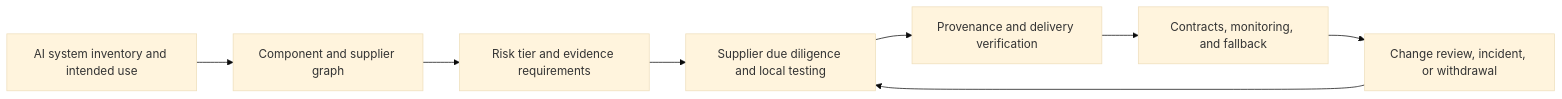
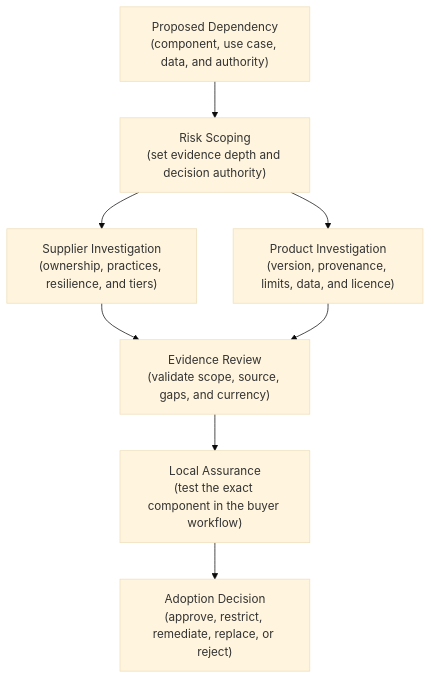
One commit to senlinyy/dev-roadmaps changed the third of 5 diagrams in roadmaps/mlops/modules/governance-and-responsible-ai/standards-and-compliance/04-third-party-ai-and-model-supply-chain-risk.md. Above: the diagram before and after it, drawn with Mermaid (base theme). The commit also changed other lines of this file and 152 other files, not shown here.

Commit message:
feat: mlops and diagrams updated

````diff
--- a/roadmaps/mlops/modules/governance-and-responsible-ai/standards-and-compliance/04-third-party-ai-and-model-supply-chain-risk.md
+++ b/roadmaps/mlops/modules/governance-and-responsible-ai/standards-and-compliance/04-third-party-ai-and-model-supply-chain-risk.md
@@ -33,10 +221,14 @@
 ```mermaid
-flowchart LR
-    I["AI system inventory and intended use"] --> G["Component and supplier graph"]
-    G --> T["Risk tier and evidence requirements"]
-    T --> D["Supplier due diligence and local testing"]
-    D --> P["Provenance and delivery verification"]
-    P --> O["Contracts, monitoring, and fallback"]
-    O --> R["Change review, incident, or withdrawal"]
-    R --> D
+flowchart TD
+    A["Proposed Dependency<br/>(component, use case, data, and authority)"] --> B["Risk Scoping<br/>(set evidence depth and decision authority)"]
+    B --> C["Supplier Investigation<br/>(ownership, practices, resilience, and tiers)"]
+    B --> D["Product Investigation<br/>(version, provenance, limits, data, and licence)"]
+    C --> E["Evidence Review<br/>(validate scope, source, gaps, and currency)"]
+    D --> E
+    E --> F["Local Assurance<br/>(test the exact component in the buyer workflow)"]
+    F --> G["Adoption Decision<br/>(approve, restrict, remediate, replace, or reject)"]
+
+    class A,B scope;
+    class C,D,E,F review;
+    class G decision;
 ```
````
